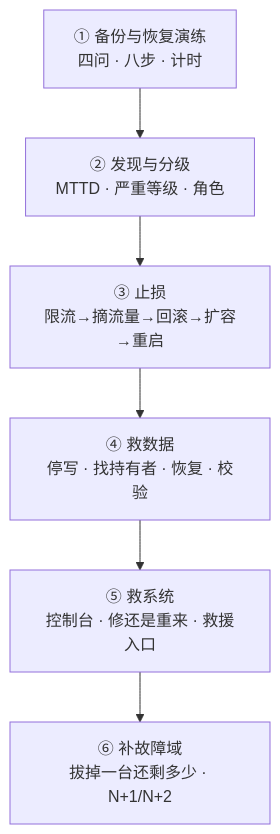
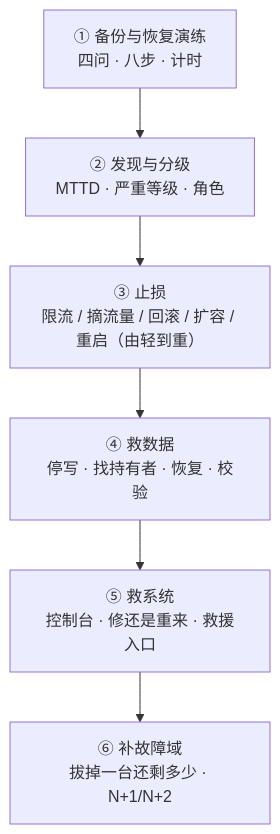
One commit to realtyz/ops-manual changed the second of 2 diagrams in Linux/11_生产运维与高可用/00_导读与知识地图.md. Above: the diagram before and after it, drawn with Mermaid. The commit also changed other lines of this file and 118 other files, not shown here.

````diff
--- a/Linux/11_生产运维与高可用/00_导读与知识地图.md
+++ b/Linux/11_生产运维与高可用/00_导读与知识地图.md
@@ -48,8 +48,8 @@
 ```mermaid
 flowchart
   F["① 备份与恢复演练<br/>四问 · 八步 · 计时"] --> G["② 发现与分级<br/>MTTD · 严重等级 · 角色"]
-  G --> H["③ 止损<br/>限流→摘流量→回滚→扩容→重启"]
+  G --> H["③ 止损<br/>限流 / 摘流量 / 回滚 / 扩容 / 重启（由轻到重）"]
   H --> I["④ 救数据<br/>停写 · 找持有者 · 恢复 · 校验"]
   I --> J["⑤ 救系统<br/>控制台 · 修还是重来 · 救援入口"]
   J --> K["⑥ 补故障域<br/>拔掉一台还剩多少 · N+1/N+2"]
 ```
````
